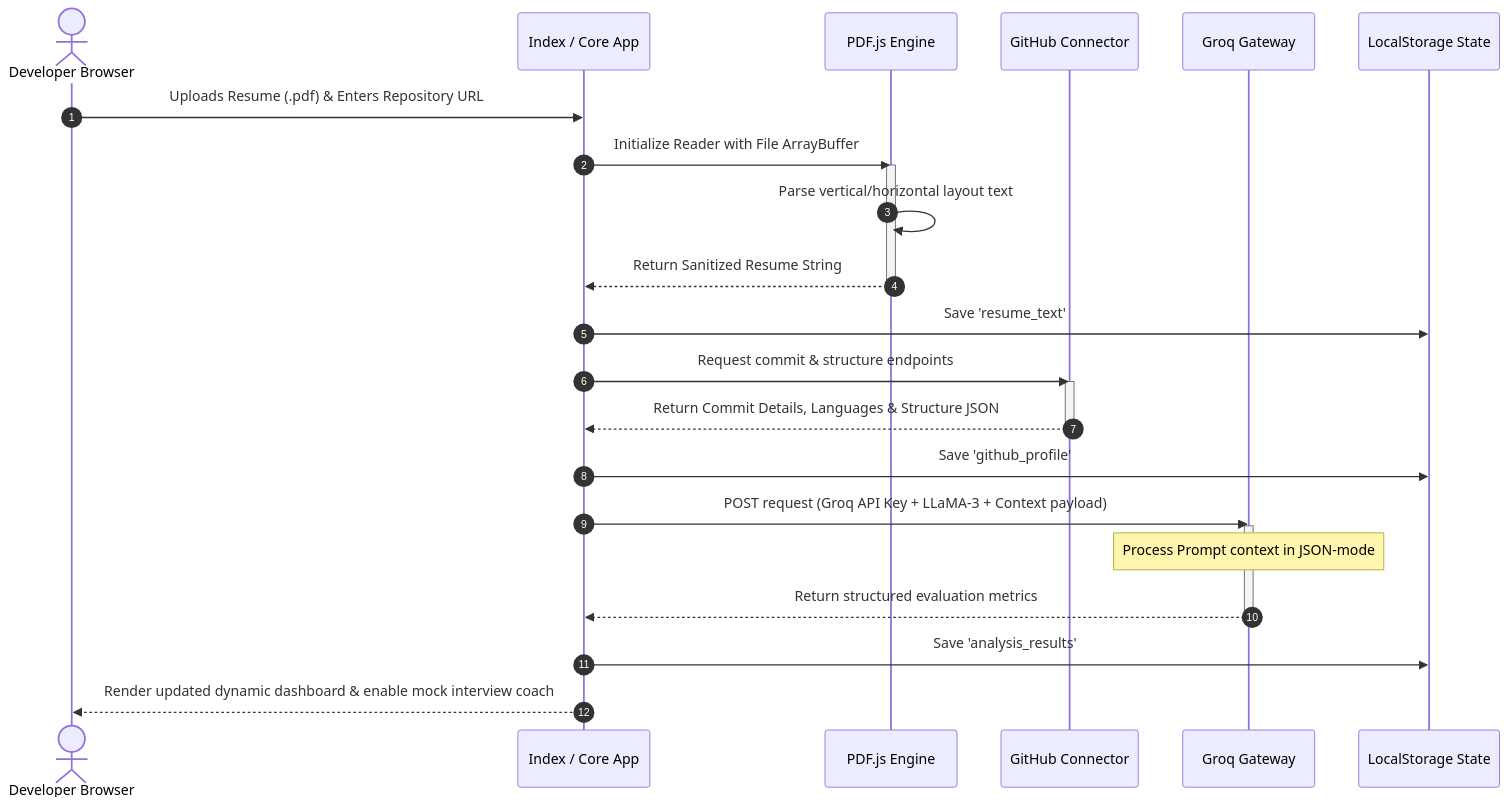
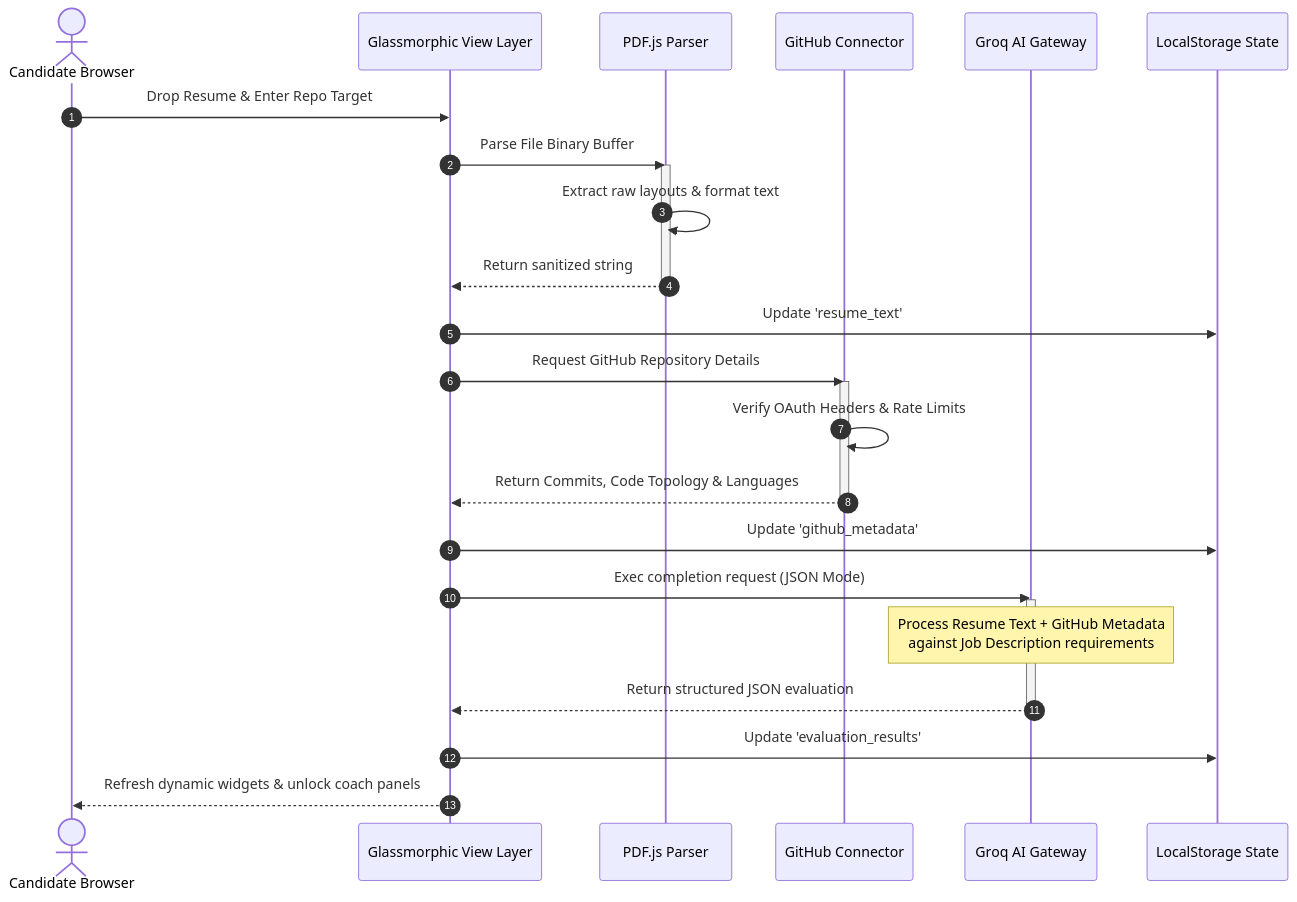
Before and after one commit to ChiragSharma-DEV/CareerLaunch-AI: the fourth of 11 diagrams in README.md, drawn with Mermaid. The commit also changed other lines of this file and 1 other file, not shown here.

Commit message:
docs: upgrade README to ultra-premium design with expanded system architecture diagrams

````diff
--- a/README.md
+++ b/README.md
@@ -169,33 +175,34 @@
 ```mermaid
 sequenceDiagram
     autonumber
-    actor User as Developer Browser
-    participant UI as Index / Core App
-    participant PDF as PDF.js Engine
+    actor User as Candidate Browser
+    participant UI as Glassmorphic View Layer
+    participant PDF as PDF.js Parser
     participant Git as GitHub Connector
-    participant Groq as Groq Gateway
+    participant Groq as Groq AI Gateway
     participant Storage as LocalStorage State
 
-    User->>UI: Uploads Resume (.pdf) & Enters Repository URL
-    UI->>PDF: Initialize Reader with File ArrayBuffer
+    User->>UI: Drop Resume & Enter Repo Target
+    UI->>PDF: Parse File Binary Buffer
     activate PDF
-    PDF->>PDF: Parse vertical/horizontal layout text
-    PDF-->>UI: Return Sanitized Resume String
+    PDF->>PDF: Extract raw layouts & format text
+    PDF-->>UI: Return sanitized string
     deactivate PDF
-    UI->>Storage: Save 'resume_text'
+    UI->>Storage: Update 'resume_text'
 
-    UI->>Git: Request commit & structure endpoints
+    UI->>Git: Request GitHub Repository Details
     activate Git
-    Git-->>UI: Return Commit Details, Languages & Structure JSON
+    Git->>Git: Verify OAuth Headers & Rate Limits
+    Git-->>UI: Return Commits, Code Topology & Languages
     deactivate Git
-    UI->>Storage: Save 'github_profile'
+    UI->>Storage: Update 'github_metadata'
 
-    UI->>Groq: POST request (Groq API Key + LLaMA-3 + Context payload)
+    UI->>Groq: Exec completion request (JSON Mode)
     activate Groq
-    Note over Groq: Process Prompt context in JSON-mode
-    Groq-->>UI: Return structured evaluation metrics
+    Note over Groq: Process Resume Text + GitHub Metadata <br/> against Job Description requirements
+    Groq-->>UI: Return structured JSON evaluation
     deactivate Groq
     
-    UI->>Storage: Save 'analysis_results'
-    UI-->>User: Render updated dynamic dashboard & enable mock interview coach
+    UI->>Storage: Update 'evaluation_results'
+    UI-->>User: Refresh dynamic widgets & unlock coach panels
 ```
````
